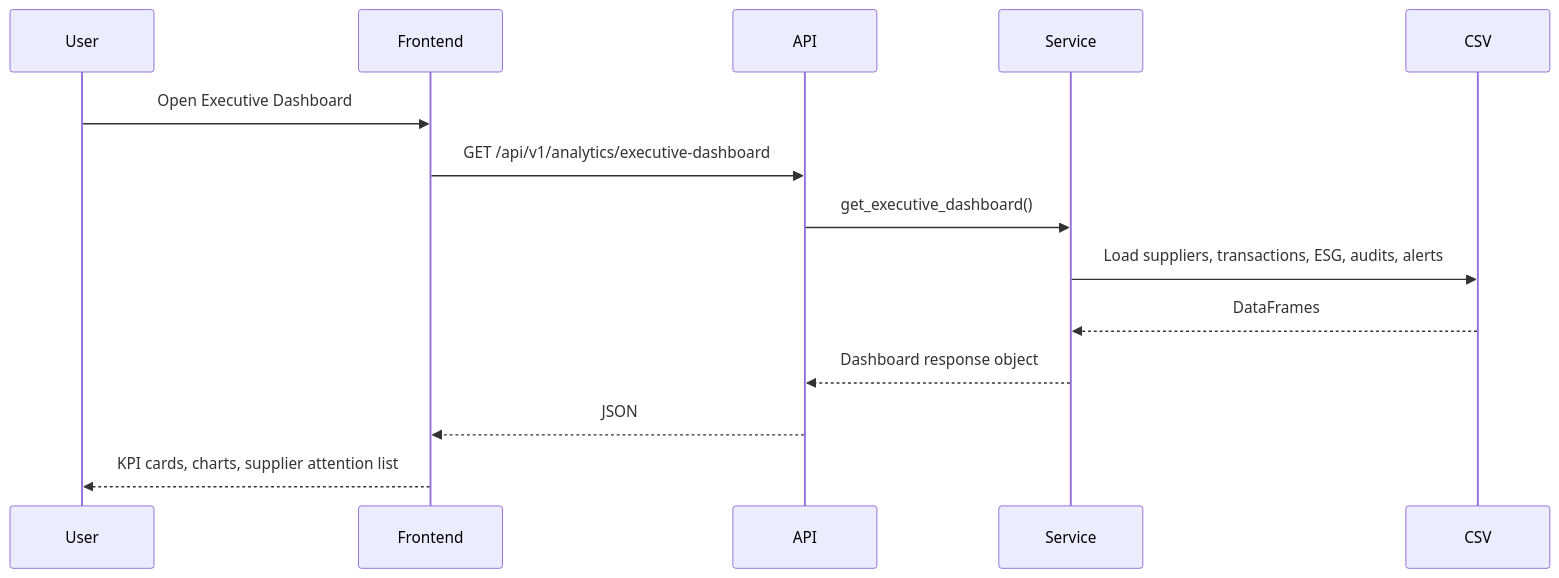
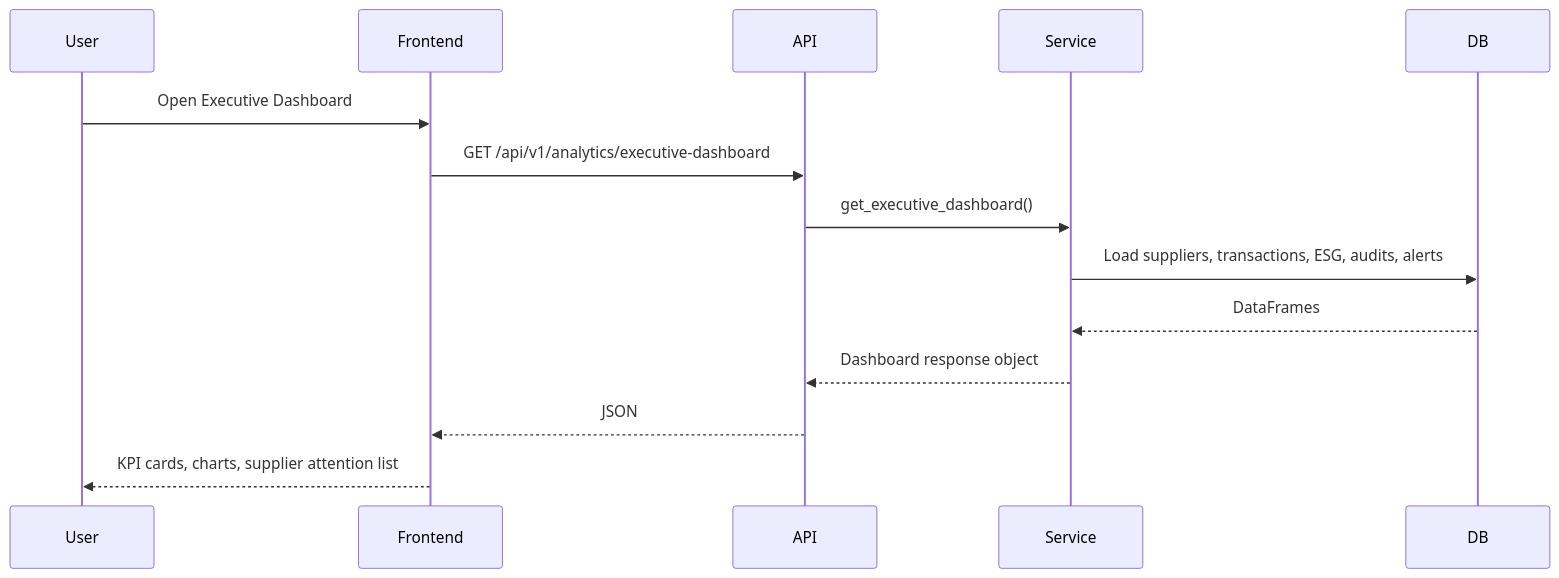
One commit to chaitu713/supplier-intelligence-react-v2 changed the second of 4 diagrams in TECHNICAL_DOCUMENTATION.md. Above: the diagram before and after it, drawn with Mermaid. The commit also changed other lines of this file and 73 other files, not shown here.

````diff
--- a/TECHNICAL_DOCUMENTATION.md
+++ b/TECHNICAL_DOCUMENTATION.md
@@ -351,17 +351,17 @@
 ```mermaid
 sequenceDiagram
     participant User
     participant Frontend
     participant API
     participant Service
-    participant CSV
+    participant DB
 
     User->>Frontend: Open Executive Dashboard
     Frontend->>API: GET /api/v1/analytics/executive-dashboard
     API->>Service: get_executive_dashboard()
-    Service->>CSV: Load suppliers, transactions, ESG, audits, alerts
-    CSV-->>Service: DataFrames
+    Service->>DB: Load suppliers, transactions, ESG, audits, alerts
+    DB-->>Service: DataFrames
     Service-->>API: Dashboard response object
     API-->>Frontend: JSON
     Frontend-->>User: KPI cards, charts, supplier attention list
 ```
````
